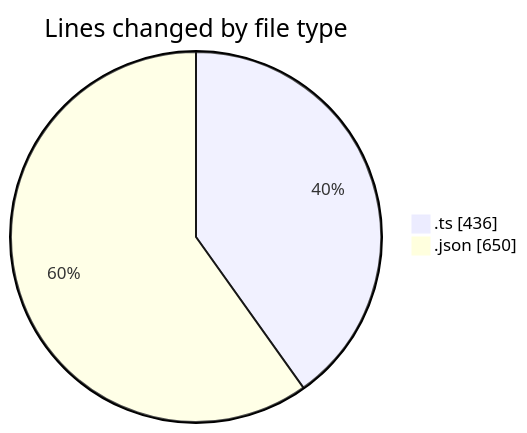
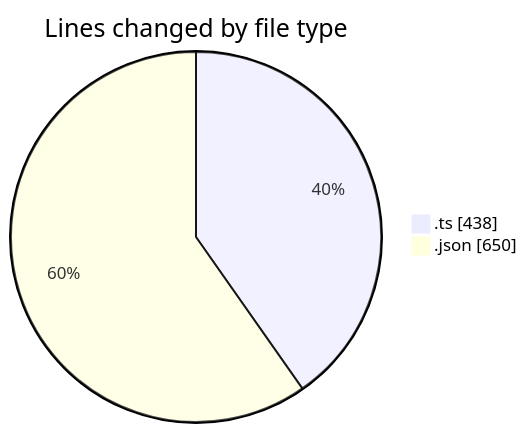
Before and after one commit to EIIisD/code-tracking: the first of 2 diagrams in 2025-08-26/mcp-web/README.md, drawn with Mermaid. The commit also changed other lines of this file and 1 other file, not shown here.

````diff
--- a/2025-08-26/mcp-web/README.md
+++ b/2025-08-26/mcp-web/README.md
@@ -23,6 +23,6 @@
 ```mermaid
 pie showData
 title Lines changed by file type
-".ts" : 436
+".ts" : 438
 ".json" : 650
 ```
````
